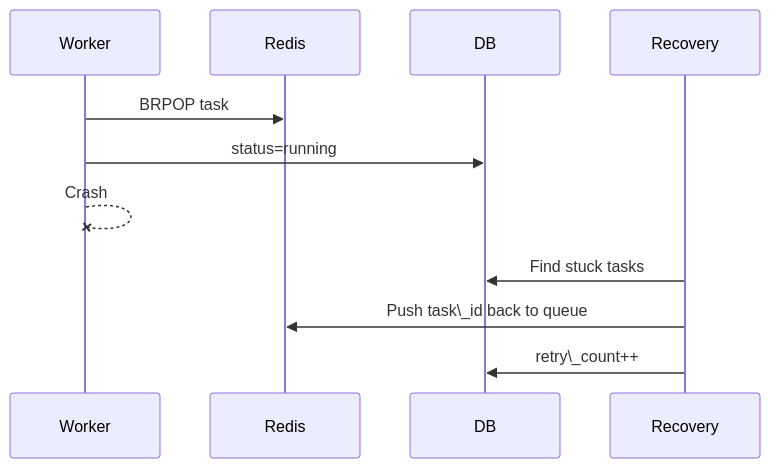
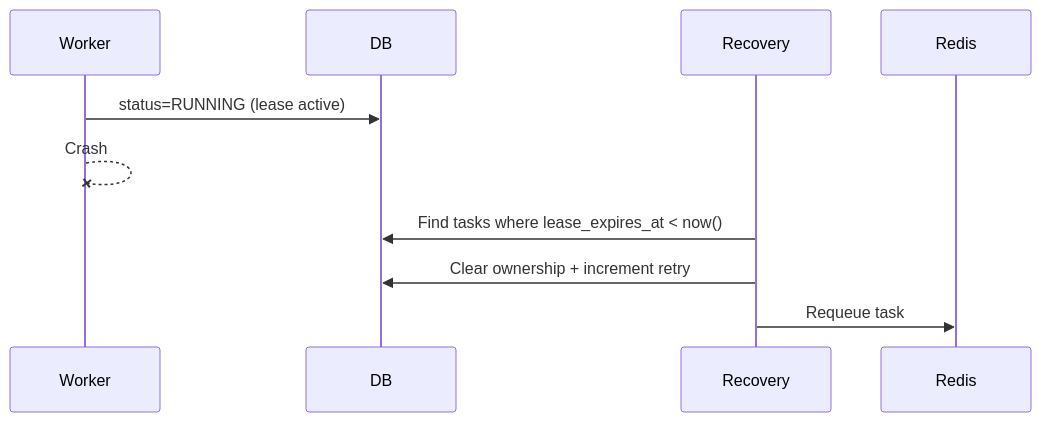
One commit to HVC640/Distributed-Task-Processing-Platform changed the fifth of 12 diagrams in architecture-diagram.md. Above: the diagram before and after it, drawn with Mermaid. The commit also changed other lines of this file and 4 other files, not shown here.

Commit message:
Enhance system documentation and architecture diagrams; add README with project overview, features, and setup instructions

````diff
--- a/architecture-diagram.md
+++ b/architecture-diagram.md
@@ -195,33 +117,17 @@
 ```mermaid
-
 sequenceDiagram
 
-
-
 participant Worker
-
+participant DB
+participant Recovery
 participant Redis
 
-participant DB
-
-participant Recovery
-
-
-
-Worker->>Redis: BRPOP task
-
-Worker->>DB: status=running
-
-
+Worker->>DB: status=RUNNING (lease active)
 
 Worker--xWorker: Crash
 
+Recovery->>DB: Find tasks where lease_expires_at < now()
 
-
-Recovery->>DB: Find stuck tasks
-
-Recovery->>Redis: Push task\_id back to queue
-
-Recovery->>DB: retry\_count++
-
+Recovery->>DB: Clear ownership + increment retry
+Recovery->>Redis: Requeue task
 ```
````
